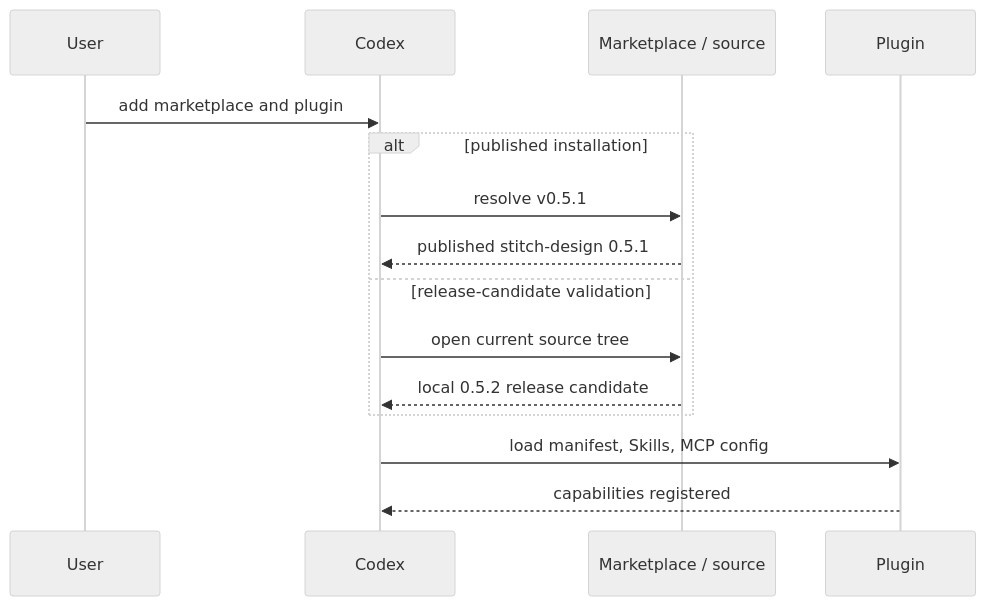
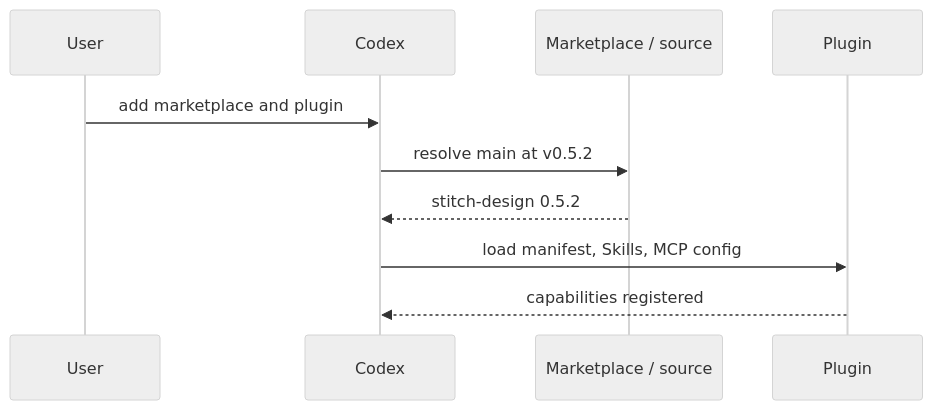
The seventh of 11 diagrams in docs/Stitch-Design-Architecture.md (full-stack-plugins/stitch-design-plugin), drawn with Mermaid (neutral theme) before and after one commit. The commit also changed other lines of this file and 6 other files, not shown here.

Commit message:
docs: finalize Stitch Design 0.5.2 release status

````diff
--- a/docs/Stitch-Design-Architecture.md
+++ b/docs/Stitch-Design-Architecture.md
@@ -160,17 +160,12 @@
 ```mermaid
 sequenceDiagram
     participant U as User
     participant C as Codex
     participant M as Marketplace / source
     participant P as Plugin
     U->>C: add marketplace and plugin
-    alt published installation
-        C->>M: resolve v0.5.1
-        M-->>C: published stitch-design 0.5.1
-    else release-candidate validation
-        C->>M: open current source tree
-        M-->>C: local 0.5.2 release candidate
-    end
+    C->>M: resolve main at v0.5.2
+    M-->>C: stitch-design 0.5.2
     C->>P: load manifest, Skills, MCP config
     P-->>C: capabilities registered
 ```
````
